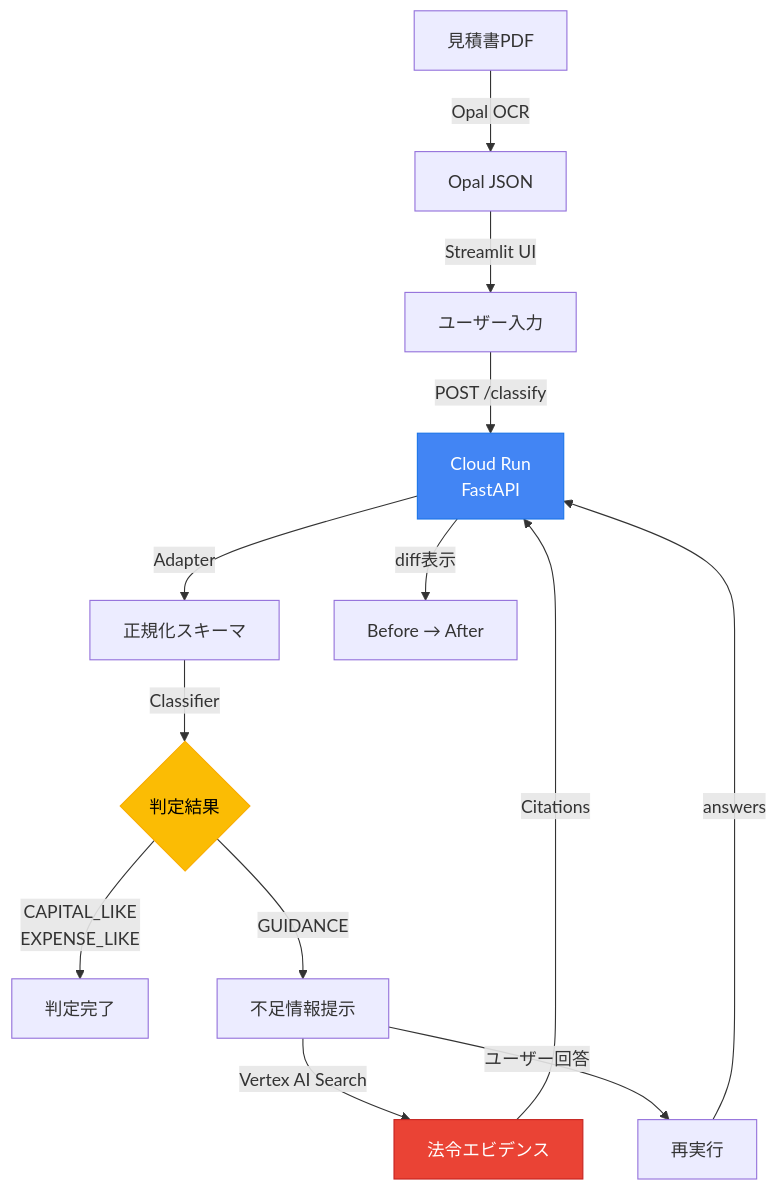
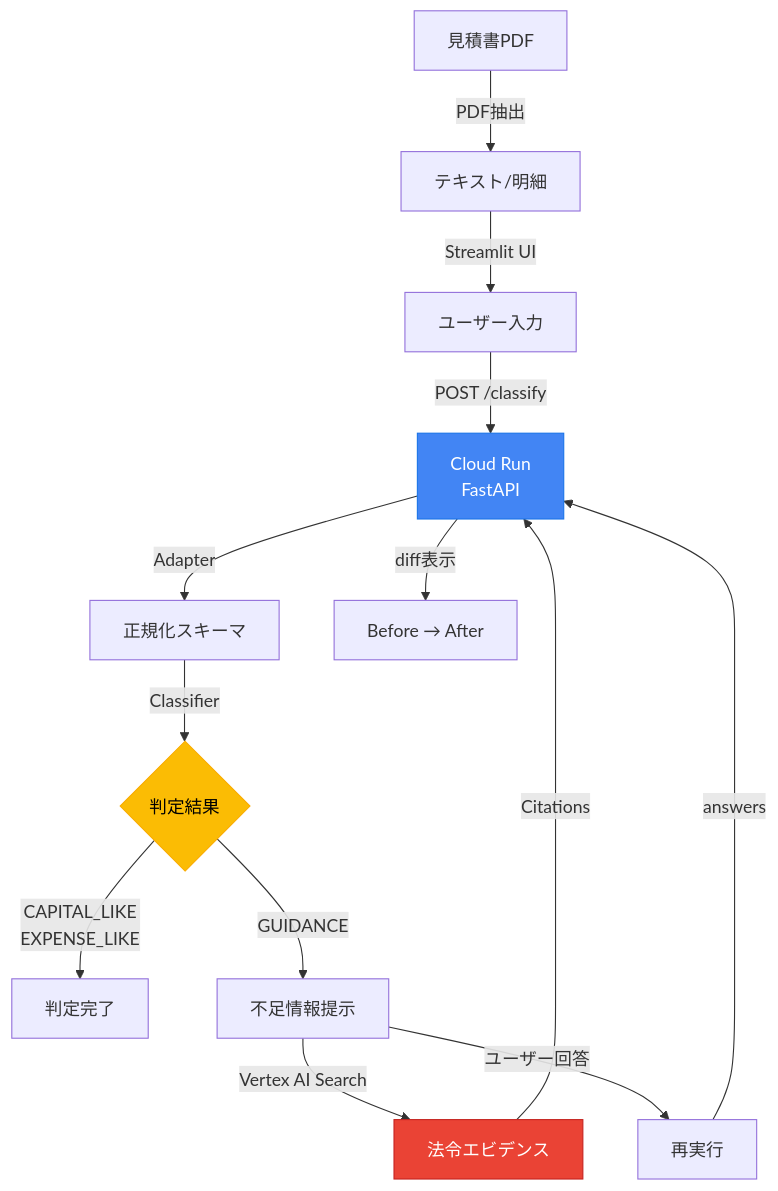
The diagram in docs/zenn_article_draft.md (Majiro-ns/fixed-asset-agentic), drawn with Mermaid before and after one commit. The commit also changed other lines of this file and 30 other files, not shown here.

````diff
--- a/docs/zenn_article_draft.md
+++ b/docs/zenn_article_draft.md
@@ -154,19 +167,19 @@
 ```mermaid
 graph TB
-    A[見積書PDF] -->|Opal OCR| B[Opal JSON]
+    A[見積書PDF] -->|PDF抽出| B[テキスト/明細]
     B -->|Streamlit UI| C[ユーザー入力]
     C -->|POST /classify| D[Cloud Run<br/>FastAPI]
     D -->|Adapter| E[正規化スキーマ]
     E -->|Classifier| F{判定結果}
     F -->|CAPITAL_LIKE<br/>EXPENSE_LIKE| G[判定完了]
     F -->|GUIDANCE| H[不足情報提示]
     H -->|Vertex AI Search| I[法令エビデンス]
     I -->|Citations| D
     H -->|ユーザー回答| J[再実行]
     J -->|answers| D
     D -->|diff表示| K[Before → After]
 
     style D fill:#4285f4,stroke:#1a73e8,color:#fff
     style I fill:#ea4335,stroke:#c5221f,color:#fff
     style F fill:#fbbc04,stroke:#f9ab00,color:#000
 ```
````
